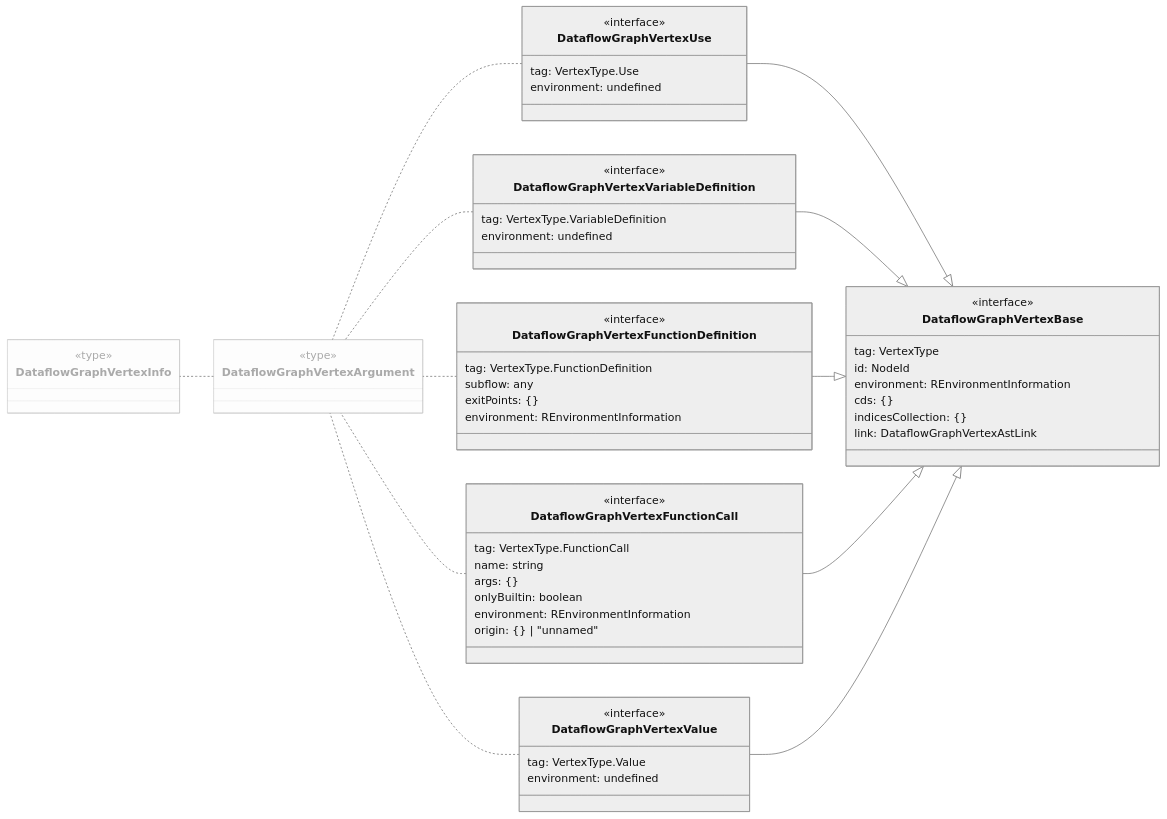
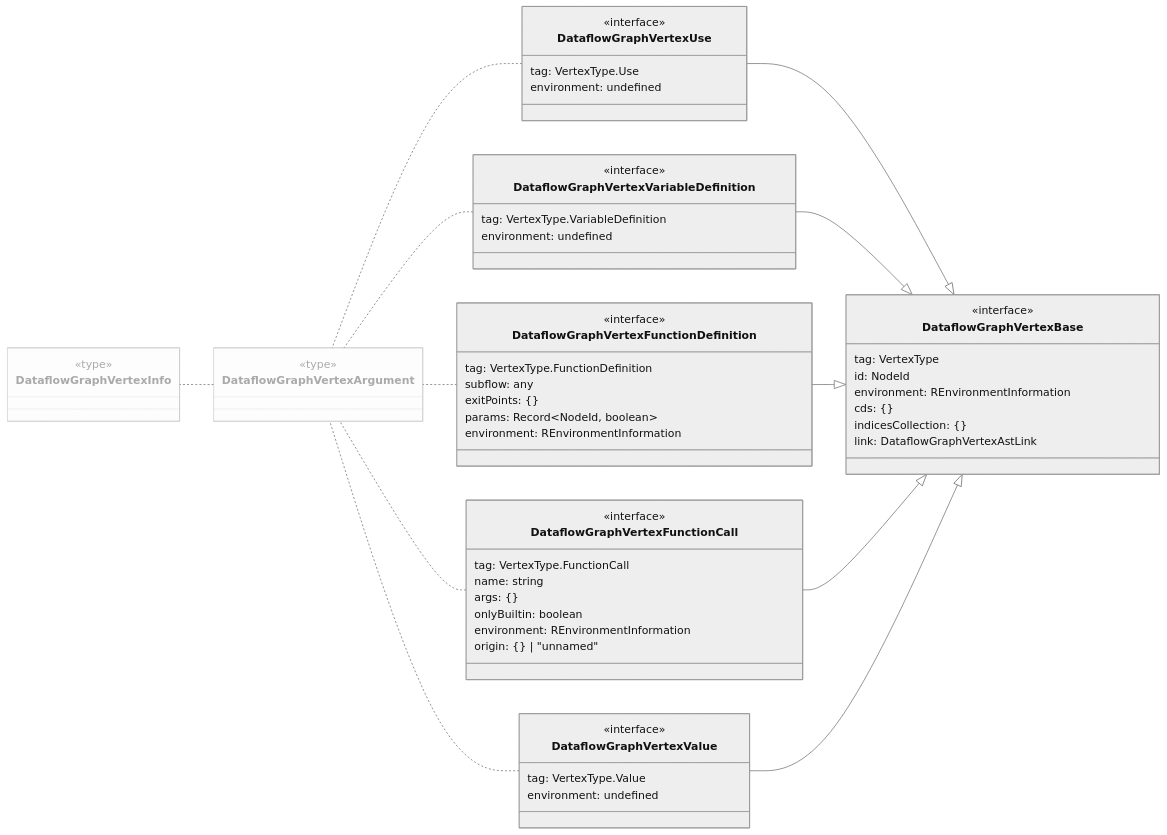
One commit to flowr-analysis/flowr changed the second of 51 diagrams in wiki/Dataflow Graph.md. Above: the diagram before and after it, drawn with Mermaid (neutral theme). The commit also changed other lines of this file and 43 other files, not shown here.

````diff
--- a/wiki/Dataflow Graph.md
+++ b/wiki/Dataflow Graph.md
@@ -141,63 +141,64 @@
 ```mermaid
 classDiagram
 direction RL
 class DataflowGraphVertexInfo
     <<type>> DataflowGraphVertexInfo
 style DataflowGraphVertexInfo opacity:.35,fill:#FAFAFA
-click DataflowGraphVertexInfo href "https://github.com/flowr-analysis/flowr/tree/main//src/dataflow/graph/vertex.ts#L300" "This is the union type of all possible vertices that appear within a; #60;code#62;dataflow graph#60;/code#62;; , they can be constructed passing a; #60;code#62;DataflowGraphVertexArgument#60;/code#62;; to the graph. See; #60;code#62;DataflowGraphVertices#60;/code#62;; for an id#45;based mapping."
+click DataflowGraphVertexInfo href "https://github.com/flowr-analysis/flowr/tree/main//src/dataflow/graph/vertex.ts#L305" "This is the union type of all possible vertices that appear within a; #60;code#62;dataflow graph#60;/code#62;; , they can be constructed passing a; #60;code#62;DataflowGraphVertexArgument#60;/code#62;; to the graph. See; #60;code#62;DataflowGraphVertices#60;/code#62;; for an id#45;based mapping."
 class DataflowGraphVertexArgument
     <<type>> DataflowGraphVertexArgument
 style DataflowGraphVertexArgument opacity:.35,fill:#FAFAFA
-click DataflowGraphVertexArgument href "https://github.com/flowr-analysis/flowr/tree/main//src/dataflow/graph/vertex.ts#L292" "What is to be passed to construct a vertex in the; #60;code#62;dataflow graph#60;/code#62;"
+click DataflowGraphVertexArgument href "https://github.com/flowr-analysis/flowr/tree/main//src/dataflow/graph/vertex.ts#L297" "What is to be passed to construct a vertex in the; #60;code#62;dataflow graph#60;/code#62;"
 class DataflowGraphVertexUse
     <<interface>> DataflowGraphVertexUse
     DataflowGraphVertexUse : tag#58; VertexType.Use
     DataflowGraphVertexUse : environment#58; undefined
 click DataflowGraphVertexUse href "https://github.com/flowr-analysis/flowr/tree/main//src/dataflow/graph/vertex.ts#L225" "Arguments required to construct a vertex which represents the usage of a variable in the; #60;code#62;dataflow graph#60;/code#62;; ."
 class DataflowGraphVertexBase
     <<interface>> DataflowGraphVertexBase
     DataflowGraphVertexBase : tag#58; VertexType
     DataflowGraphVertexBase : id#58; NodeId
     DataflowGraphVertexBase : environment#58; REnvironmentInformation
     DataflowGraphVertexBase : cds#58; #123;#125;
     DataflowGraphVertexBase : indicesCollection#58; #123;#125;
     DataflowGraphVertexBase : link#58; DataflowGraphVertexAstLink
 click DataflowGraphVertexBase href "https://github.com/flowr-analysis/flowr/tree/main//src/dataflow/graph/vertex.ts#L162" "Arguments required to construct a vertex in the; #60;code#62;dataflow graph#60;/code#62;; ."
 class DataflowGraphVertexVariableDefinition
     <<interface>> DataflowGraphVertexVariableDefinition
     DataflowGraphVertexVariableDefinition : tag#58; VertexType.VariableDefinition
     DataflowGraphVertexVariableDefinition : environment#58; undefined
 click DataflowGraphVertexVariableDefinition href "https://github.com/flowr-analysis/flowr/tree/main//src/dataflow/graph/vertex.ts#L263" "Arguments required to construct a vertex which represents the definition of a variable in the; #60;code#62;dataflow graph#60;/code#62;; ."
 class DataflowGraphVertexFunctionDefinition
     <<interface>> DataflowGraphVertexFunctionDefinition
     DataflowGraphVertexFunctionDefinition : tag#58; VertexType.FunctionDefinition
     DataflowGraphVertexFunctionDefinition : subflow#58; any
     DataflowGraphVertexFunctionDefinition : exitPoints#58; #123;#125;
+    DataflowGraphVertexFunctionDefinition : params#58; Record#60;NodeId, boolean#62;
     DataflowGraphVertexFunctionDefinition : environment#58; REnvironmentInformation
 click DataflowGraphVertexFunctionDefinition href "https://github.com/flowr-analysis/flowr/tree/main//src/dataflow/graph/vertex.ts#L273" "Arguments required to construct a vertex which represents the definition of a function in the; #60;code#62;dataflow graph#60;/code#62;; ."
 class DataflowGraphVertexFunctionCall
     <<interface>> DataflowGraphVertexFunctionCall
     DataflowGraphVertexFunctionCall : tag#58; VertexType.FunctionCall
     DataflowGraphVertexFunctionCall : name#58; string
     DataflowGraphVertexFunctionCall : args#58; #123;#125;
     DataflowGraphVertexFunctionCall : onlyBuiltin#58; boolean
     DataflowGraphVertexFunctionCall : environment#58; REnvironmentInformation
     DataflowGraphVertexFunctionCall : origin#58; #123;#125; | #34;unnamed#34;
 click DataflowGraphVertexFunctionCall href "https://github.com/flowr-analysis/flowr/tree/main//src/dataflow/graph/vertex.ts#L237" "Arguments required to construct a vertex which represents the call to a function in the; #60;code#62;dataflow graph#60;/code#62;; . This describes all kinds of function calls, including calls to built#45;ins and control#45;flow structures such as #96;if#96; or #96;for#96; (they are treated as function calls in R)."
 class DataflowGraphVertexValue
     <<interface>> DataflowGraphVertexValue
     DataflowGraphVertexValue : tag#58; VertexType.Value
     DataflowGraphVertexValue : environment#58; undefined
 click DataflowGraphVertexValue href "https://github.com/flowr-analysis/flowr/tree/main//src/dataflow/graph/vertex.ts#L216" "Marker vertex for a value in the dataflow of the program. This does not contain the #95;value#95; of the referenced constant as this is available with the; #60;code#62;id#60;/code#62;; in the; #60;code#62;normalized AST#60;/code#62;; (or more specifically the; #60;code#62;AstIdMap#60;/code#62;; ). If you have a; #60;code#62;dataflow graph#60;/code#62;; named #96;graph#96; with an; #60;code#62;AstIdMap#60;/code#62;; and a value vertex object with name #96;value#96; the following Code should work#58;"
 DataflowGraphVertexArgument .. DataflowGraphVertexInfo
 DataflowGraphVertexUse .. DataflowGraphVertexArgument
 DataflowGraphVertexBase <|-- DataflowGraphVertexUse
 DataflowGraphVertexVariableDefinition .. DataflowGraphVertexArgument
 DataflowGraphVertexBase <|-- DataflowGraphVertexVariableDefinition
 DataflowGraphVertexFunctionDefinition .. DataflowGraphVertexArgument
 DataflowGraphVertexBase <|-- DataflowGraphVertexFunctionDefinition
 DataflowGraphVertexFunctionCall .. DataflowGraphVertexArgument
 DataflowGraphVertexBase <|-- DataflowGraphVertexFunctionCall
 DataflowGraphVertexValue .. DataflowGraphVertexArgument
 DataflowGraphVertexBase <|-- DataflowGraphVertexValue
 ```
````
